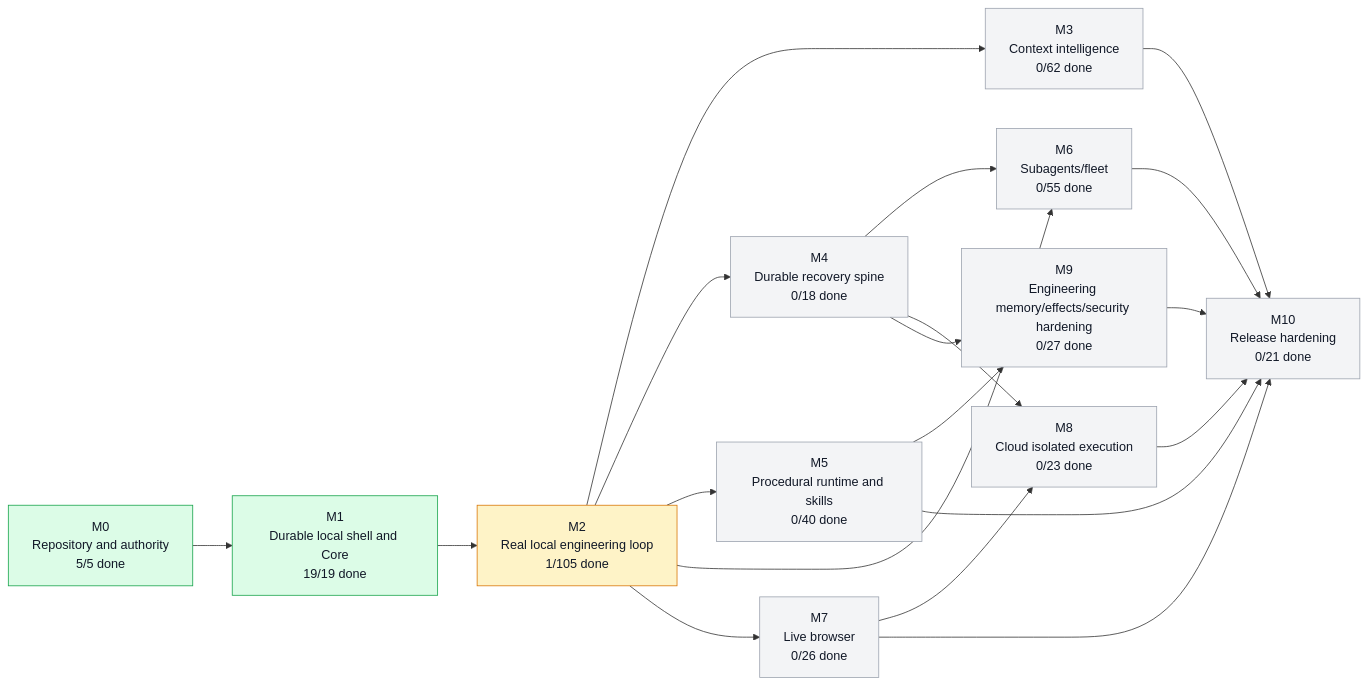
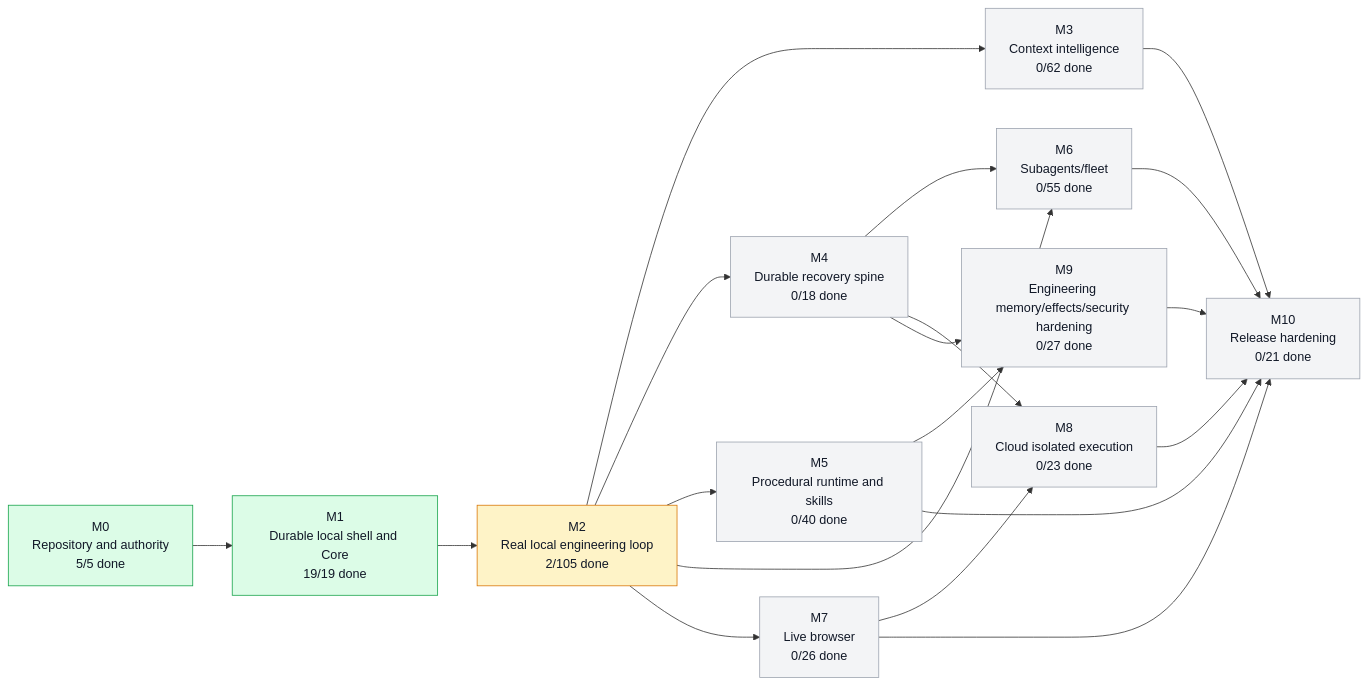
Before and after one commit to moss101/modbit: the first of 5 diagrams in graph/PROJECT_GRAPH.md, drawn with Mermaid. The commit also changed other lines of this file and 6 other files, not shown here.

````diff
--- a/graph/PROJECT_GRAPH.md
+++ b/graph/PROJECT_GRAPH.md
@@ -57,43 +57,43 @@
 ```mermaid
 flowchart LR
   M0["M0<br/>Repository and authority<br/>5/5 done"]
   M1["M1<br/>Durable local shell and Core<br/>19/19 done"]
-  M2["M2<br/>Real local engineering loop<br/>1/105 done"]
+  M2["M2<br/>Real local engineering loop<br/>2/105 done"]
   M3["M3<br/>Context intelligence<br/>0/62 done"]
   M4["M4<br/>Durable recovery spine<br/>0/18 done"]
   M5["M5<br/>Procedural runtime and skills<br/>0/40 done"]
   M6["M6<br/>Subagents/fleet<br/>0/55 done"]
   M7["M7<br/>Live browser<br/>0/26 done"]
   M8["M8<br/>Cloud isolated execution<br/>0/23 done"]
   M9["M9<br/>Engineering memory/effects/security hardening<br/>0/27 done"]
   M10["M10<br/>Release hardening<br/>0/21 done"]
   M0 --> M1
   M1 --> M2
   M2 --> M3
   M2 --> M4
   M2 --> M5
   M2 --> M6
   M4 --> M6
   M2 --> M7
   M4 --> M8
   M7 --> M8
   M4 --> M9
   M5 --> M9
   M3 --> M10
   M5 --> M10
   M6 --> M10
   M7 --> M10
   M8 --> M10
   M9 --> M10
   style M0 fill:#dcfce7,stroke:#16a34a,color:#111827
   style M1 fill:#dcfce7,stroke:#16a34a,color:#111827
   style M2 fill:#fef3c7,stroke:#d97706,color:#111827
   style M3 fill:#f3f4f6,stroke:#9ca3af,color:#111827
   style M4 fill:#f3f4f6,stroke:#9ca3af,color:#111827
   style M5 fill:#f3f4f6,stroke:#9ca3af,color:#111827
   style M6 fill:#f3f4f6,stroke:#9ca3af,color:#111827
   style M7 fill:#f3f4f6,stroke:#9ca3af,color:#111827
   style M8 fill:#f3f4f6,stroke:#9ca3af,color:#111827
   style M9 fill:#f3f4f6,stroke:#9ca3af,color:#111827
   style M10 fill:#f3f4f6,stroke:#9ca3af,color:#111827
 ```
````
